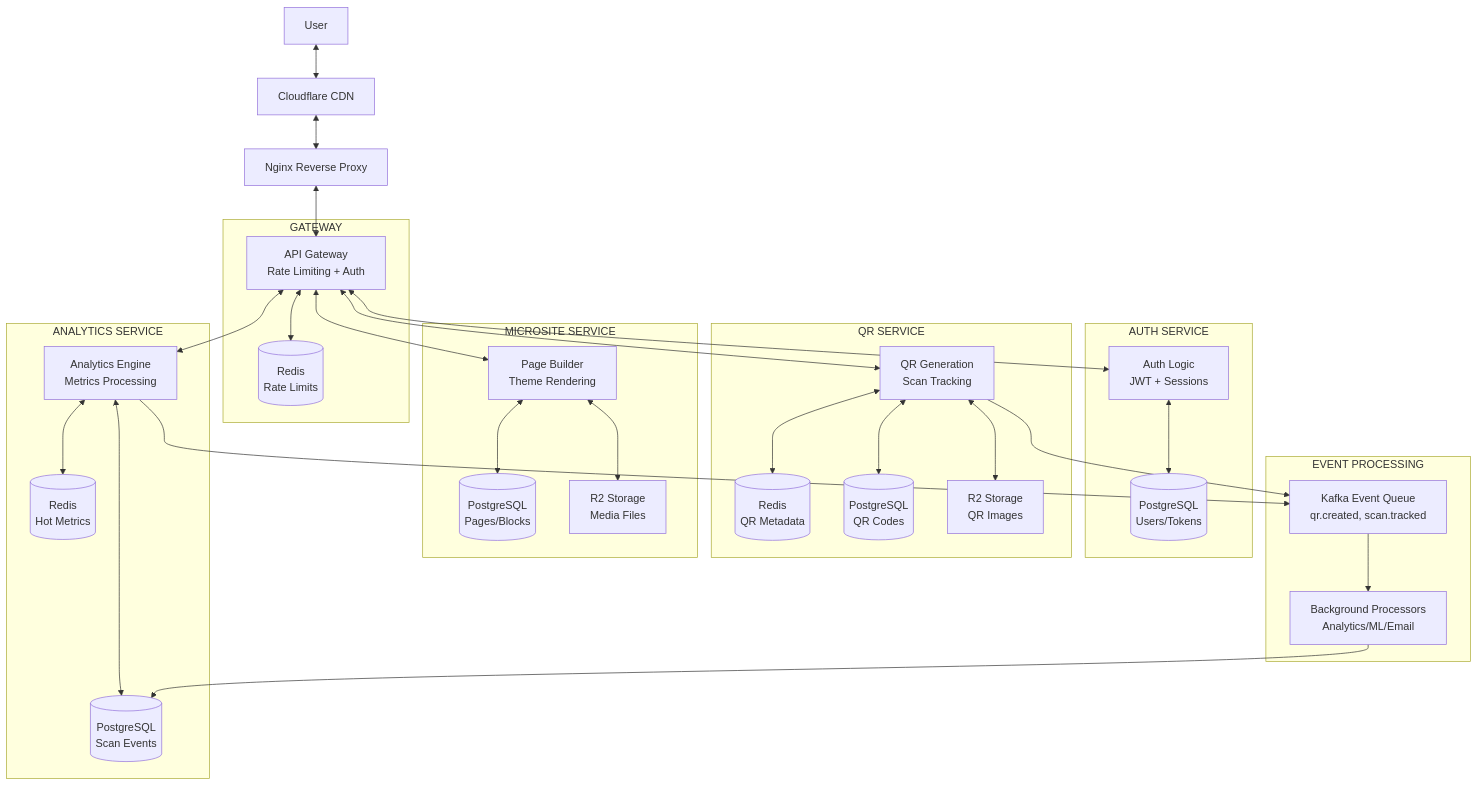
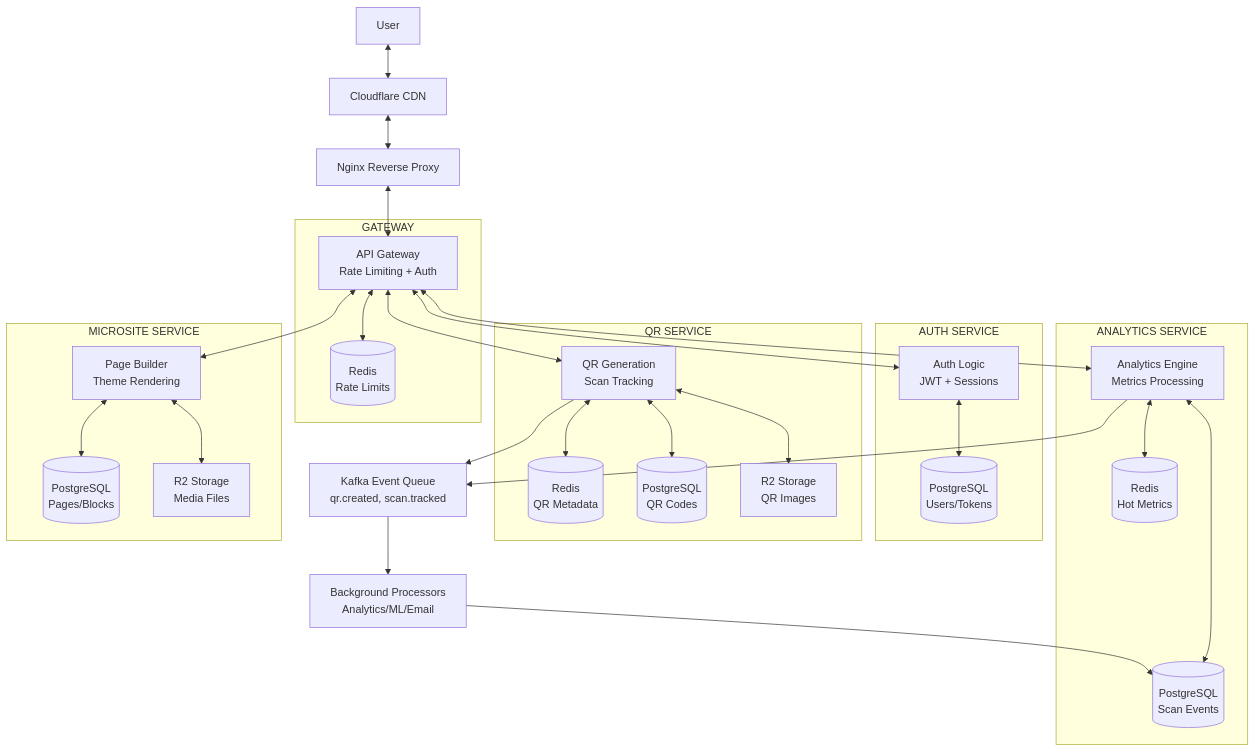
One commit to Scanly-io/qr-backend changed the first of 2 diagrams in README.md. Above: the diagram before and after it, drawn with Mermaid.

Commit message:
Move Kafka outside subgraph to reduce arrow criss-crossing

````diff
--- a/README.md
+++ b/README.md
@@ -222,66 +222,64 @@
 ```mermaid
 flowchart TB
     User[User]
     CDN[Cloudflare CDN]
     Nginx[Nginx Reverse Proxy]
     
     subgraph gateway[" GATEWAY "]
         Gateway[API Gateway<br/>Rate Limiting + Auth]
         RateLimitRedis[(Redis<br/>Rate Limits)]
     end
     
     subgraph auth[" AUTH SERVICE "]
         AuthService[Auth Logic<br/>JWT + Sessions]
         AuthDB[(PostgreSQL<br/>Users/Tokens)]
     end
     
     subgraph qr[" QR SERVICE "]
         QRService[QR Generation<br/>Scan Tracking]
         QRCache[(Redis<br/>QR Metadata)]
         QRDB[(PostgreSQL<br/>QR Codes)]
         QRStorage[R2 Storage<br/>QR Images]
     end
     
     subgraph analytics[" ANALYTICS SERVICE "]
         AnalyticsService[Analytics Engine<br/>Metrics Processing]
         AnalyticsCache[(Redis<br/>Hot Metrics)]
         AnalyticsDB[(PostgreSQL<br/>Scan Events)]
     end
     
     subgraph microsite[" MICROSITE SERVICE "]
         MicrositeService[Page Builder<br/>Theme Rendering]
         MicrositeDB[(PostgreSQL<br/>Pages/Blocks)]
         MicrositeStorage[R2 Storage<br/>Media Files]
     end
     
-    subgraph events[" EVENT PROCESSING "]
-        Kafka[Kafka Event Queue<br/>qr.created, scan.tracked]
-        Consumers[Background Processors<br/>Analytics/ML/Email]
-    end
+    Kafka[Kafka Event Queue<br/>qr.created, scan.tracked]
+    Consumers[Background Processors<br/>Analytics/ML/Email]
     
     User <--> CDN
     CDN <--> Nginx
     Nginx <--> Gateway
     Gateway <--> RateLimitRedis
     
     Gateway <--> AuthService
     AuthService <--> AuthDB
     
     Gateway <--> QRService
     QRService <--> QRCache
     QRService <--> QRDB
     QRService <--> QRStorage
+    QRService --> Kafka
     
     Gateway <--> AnalyticsService
     AnalyticsService <--> AnalyticsCache
     AnalyticsService <--> AnalyticsDB
+    AnalyticsService --> Kafka
     
     Gateway <--> MicrositeService
     MicrositeService <--> MicrositeDB
     MicrositeService <--> MicrositeStorage
     
-    QRService --> Kafka
-    AnalyticsService --> Kafka
     Kafka --> Consumers
     Consumers --> AnalyticsDB
 ```
````
